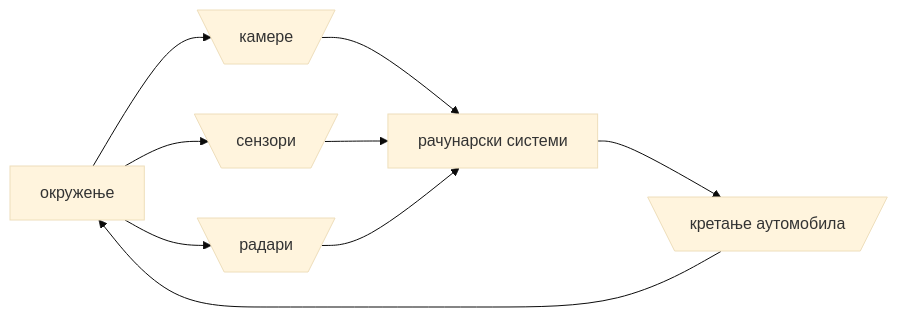
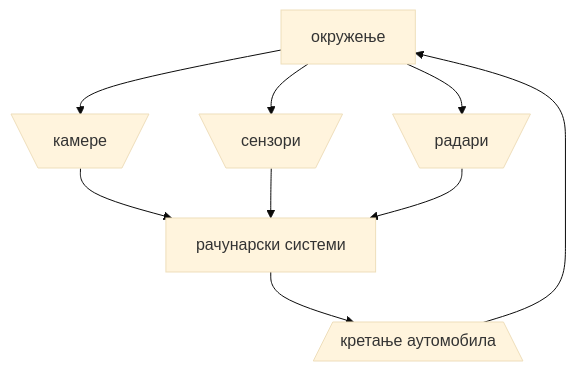
One commit to radlovacki/ai changed the third of 3 diagrams in docs/what_is_ai.md. Above: the diagram before and after it, drawn with Mermaid (base theme). The commit also changed other lines of this file and 2 other files, not shown here.

````diff
--- a/docs/what_is_ai.md
+++ b/docs/what_is_ai.md
@@ -71,11 +71,11 @@
 ``` mermaid
-flowchart LR
+flowchart TD
   A[окружење] --> B[\камере/];
   A --> C[\сензори/];
   A --> D[\радари/];
   B --> G[рачунарски системи];
   C --> G;
   D --> G;
-  G --> H[\кретање аутомобила/];
+  G --> H[/кретање аутомобила\];
   H --> A;
 ```
````
